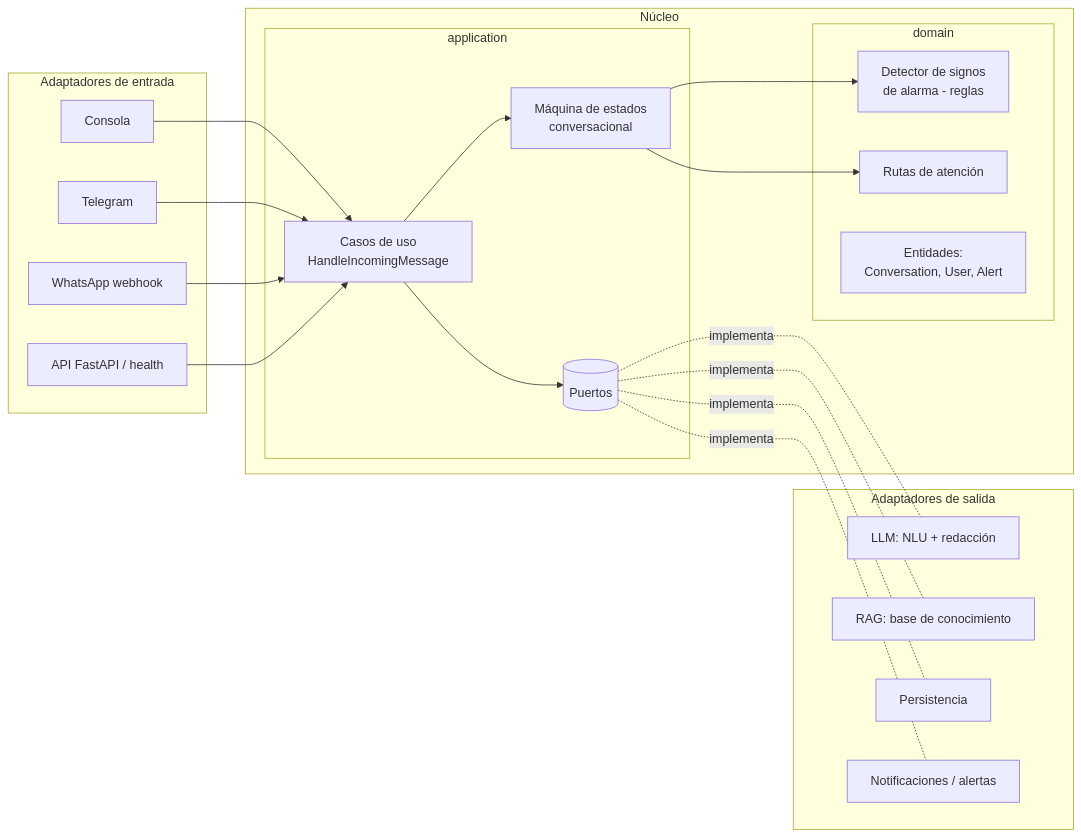
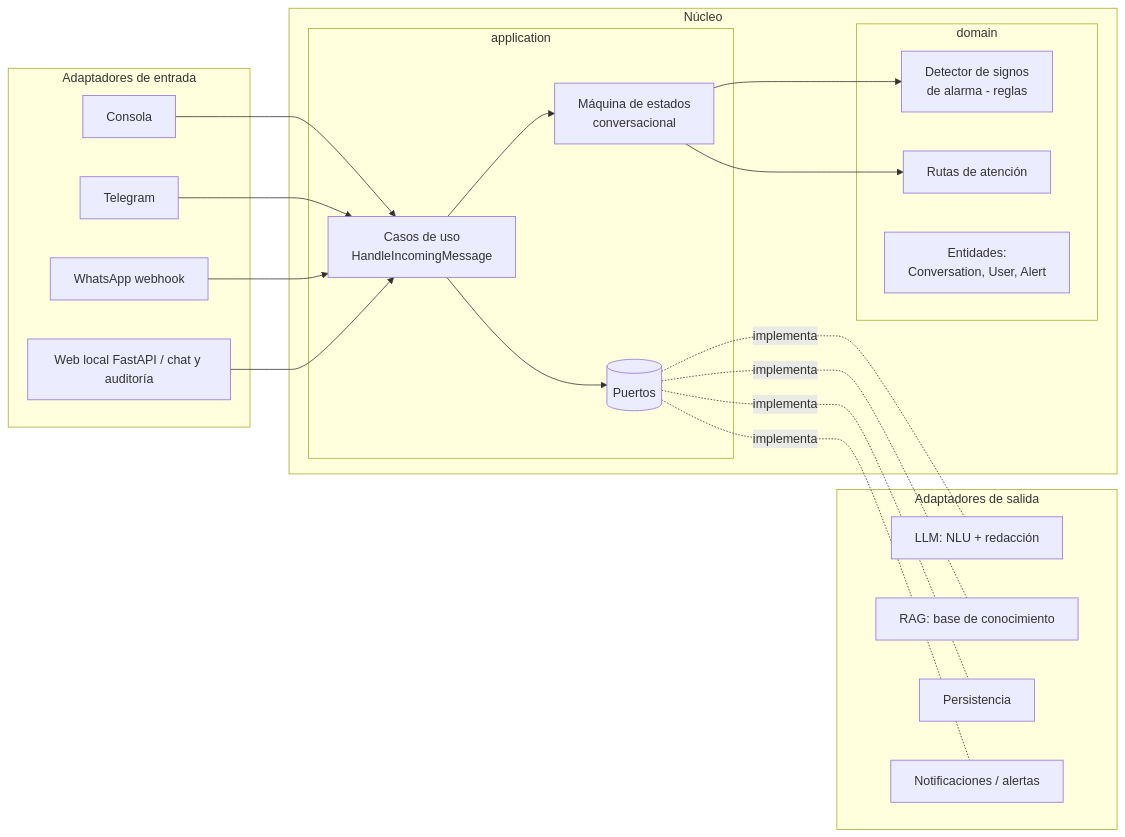
Before and after one commit to NicolasCastilloGaleano/chatbot-cardio-materno: the first of 4 diagrams in docs/02-arquitectura/arquitectura.md, drawn with Mermaid. The commit also changed other lines of this file and 24 other files, not shown here.

Commit message:
feat(api): agrega interfaz local de chat y auditoría

````diff
--- a/docs/02-arquitectura/arquitectura.md
+++ b/docs/02-arquitectura/arquitectura.md
@@ -14,31 +14,31 @@
 ```mermaid
 flowchart LR
     subgraph IN[Adaptadores de entrada]
         CON[Consola]
         TG[Telegram]
         WA[WhatsApp webhook]
-        API[API FastAPI / health]
+        API[Web local FastAPI / chat y auditoría]
     end
     subgraph CORE[Núcleo]
         subgraph APP[application]
             UC[Casos de uso<br/>HandleIncomingMessage]
             FSM[Máquina de estados<br/>conversacional]
             P[(Puertos)]
         end
         subgraph DOM[domain]
             ALARM[Detector de signos<br/>de alarma - reglas]
             ROUTE[Rutas de atención]
             ENT[Entidades:<br/>Conversation, User, Alert]
         end
     end
     subgraph OUT[Adaptadores de salida]
         LLM[LLM: NLU + redacción]
         RAG[RAG: base de conocimiento]
         DB[Persistencia]
         NOTIF[Notificaciones / alertas]
     end
     CON & TG & WA & API --> UC
     UC --> FSM --> ALARM & ROUTE
     UC --> P
     P -.implementa.- LLM & RAG & DB & NOTIF
 ```
````
